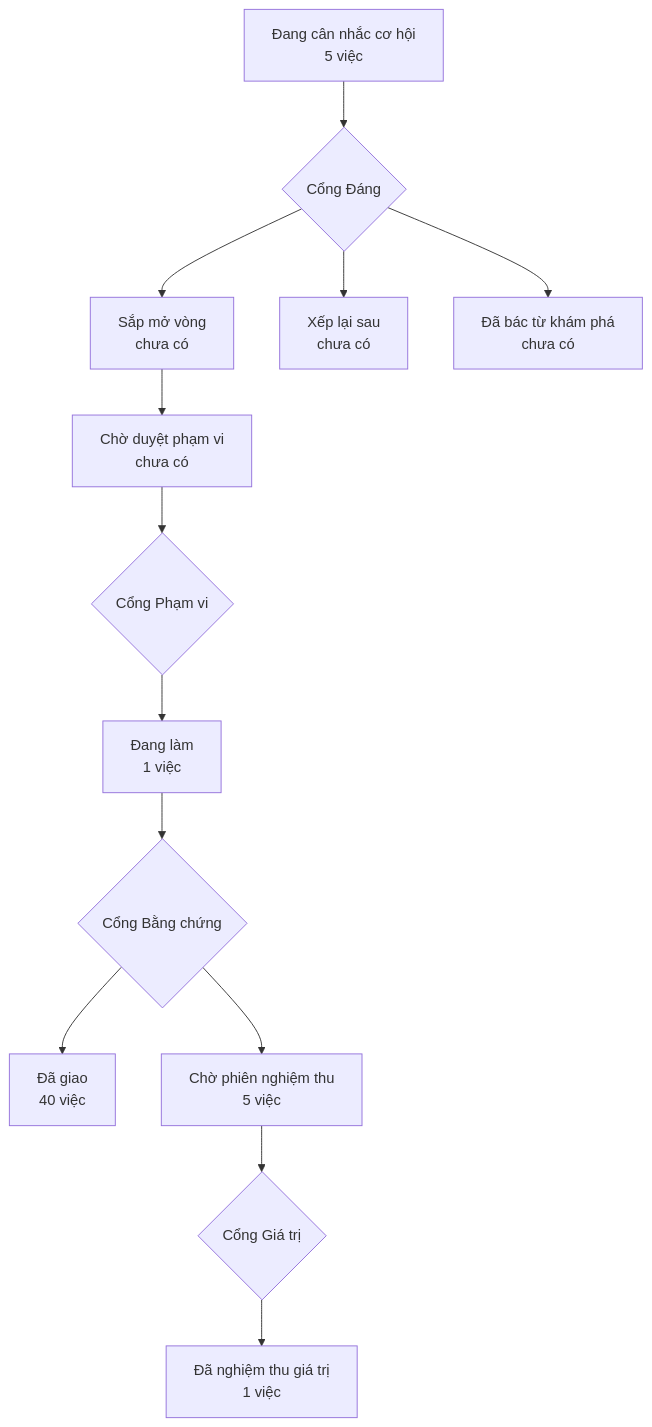
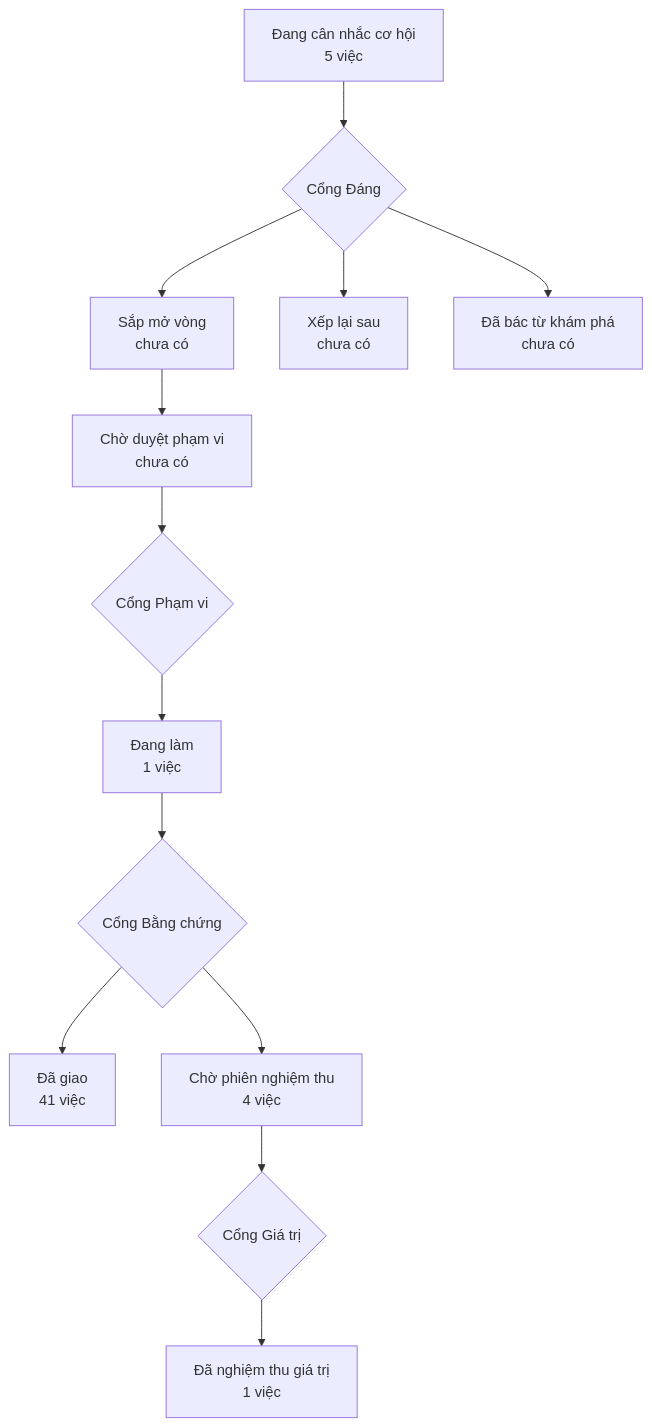
One commit to phanlemanh/crm-onehub changed the diagram in PRODUCT-MAP.md. Above: the diagram before and after it, drawn with Mermaid. The commit also changed other lines of this file and 2 other files, not shown here.

Commit message:
observed: dieu-phoi-30-ngay-dau — Phan Le Manh

````diff
--- a/PRODUCT-MAP.md
+++ b/PRODUCT-MAP.md
@@ -6,12 +6,12 @@
 ```mermaid
 flowchart TD
   A["Đang cân nhắc cơ hội<br/>5 việc"] --> GD{"Cổng Đáng"}
   GD --> B["Sắp mở vòng<br/>chưa có"]
   GD --> XL["Xếp lại sau<br/>chưa có"]
   GD --> DB["Đã bác từ khám phá<br/>chưa có"]
   B --> CD["Chờ duyệt phạm vi<br/>chưa có"] --> GP{"Cổng Phạm vi"}
   GP --> DL["Đang làm<br/>1 việc"] --> GB{"Cổng Bằng chứng"}
-  GB --> DG["Đã giao<br/>40 việc"]
-  GB --> CN["Chờ phiên nghiệm thu<br/>5 việc"] --> GG{"Cổng Giá trị"}
+  GB --> DG["Đã giao<br/>41 việc"]
+  GB --> CN["Chờ phiên nghiệm thu<br/>4 việc"] --> GG{"Cổng Giá trị"}
   GG --> NT["Đã nghiệm thu giá trị<br/>1 việc"]
 ```
````
